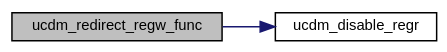
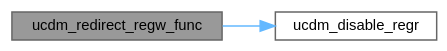
The diagram in ucdm_8h_a30a332a25c4993000e28caca3ef6198b_cgraph.dot (ebs-universe/piolib-ucdm), drawn with Graphviz before and after one commit. The commit also changed 365 other files, not shown here.

```diff
--- a/ucdm_8h_a30a332a25c4993000e28caca3ef6198b_cgraph.dot
+++ b/ucdm_8h_a30a332a25c4993000e28caca3ef6198b_cgraph.dot
@@ -1,12 +1,12 @@
 digraph "ucdm_redirect_regw_func"
 {
  // INTERACTIVE_SVG=YES
  // LATEX_PDF_SIZE
   bgcolor="transparent";
-  edge [fontname="Helvetica",fontsize="10",labelfontname="Helvetica",labelfontsize="10"];
-  node [fontname="Helvetica",fontsize="10",shape=record];
+  edge [fontname=Helvetica,fontsize=10,labelfontname=Helvetica,labelfontsize=10];
+  node [fontname=Helvetica,fontsize=10,shape=box,height=0.2,width=0.4];
   rankdir="LR";
-  Node1 [label="ucdm_redirect_regw_func",height=0.2,width=0.4,color="black", fillcolor="grey75", style="filled", fontcolor="black",tooltip="Configure UCDM register write access on this register to redirect to a function pointer."];
-  Node1 -> Node2 [color="midnightblue",fontsize="10",style="solid",fontname="Helvetica"];
-  Node2 [label="ucdm_disable_regr",height=0.2,width=0.4,color="black",URL="$ucdm_8c.html#afadb3313130bbd61e8469164ebdc960e",tooltip="Disable UCDM register register access on register."];
+  Node1 [id="Node000001",label="ucdm_redirect_regw_func",height=0.2,width=0.4,color="gray40", fillcolor="grey60", style="filled", fontcolor="black",tooltip="Configure UCDM register write access on this register to redirect to a function pointer."];
+  Node1 -> Node2 [id="edge1_Node000001_Node000002",color="steelblue1",style="solid",tooltip=" "];
+  Node2 [id="Node000002",label="ucdm_disable_regr",height=0.2,width=0.4,color="grey40", fillcolor="white", style="filled",URL="$ucdm_8c.html#afadb3313130bbd61e8469164ebdc960e",tooltip="Disable UCDM register register access on register."];
 }
```
